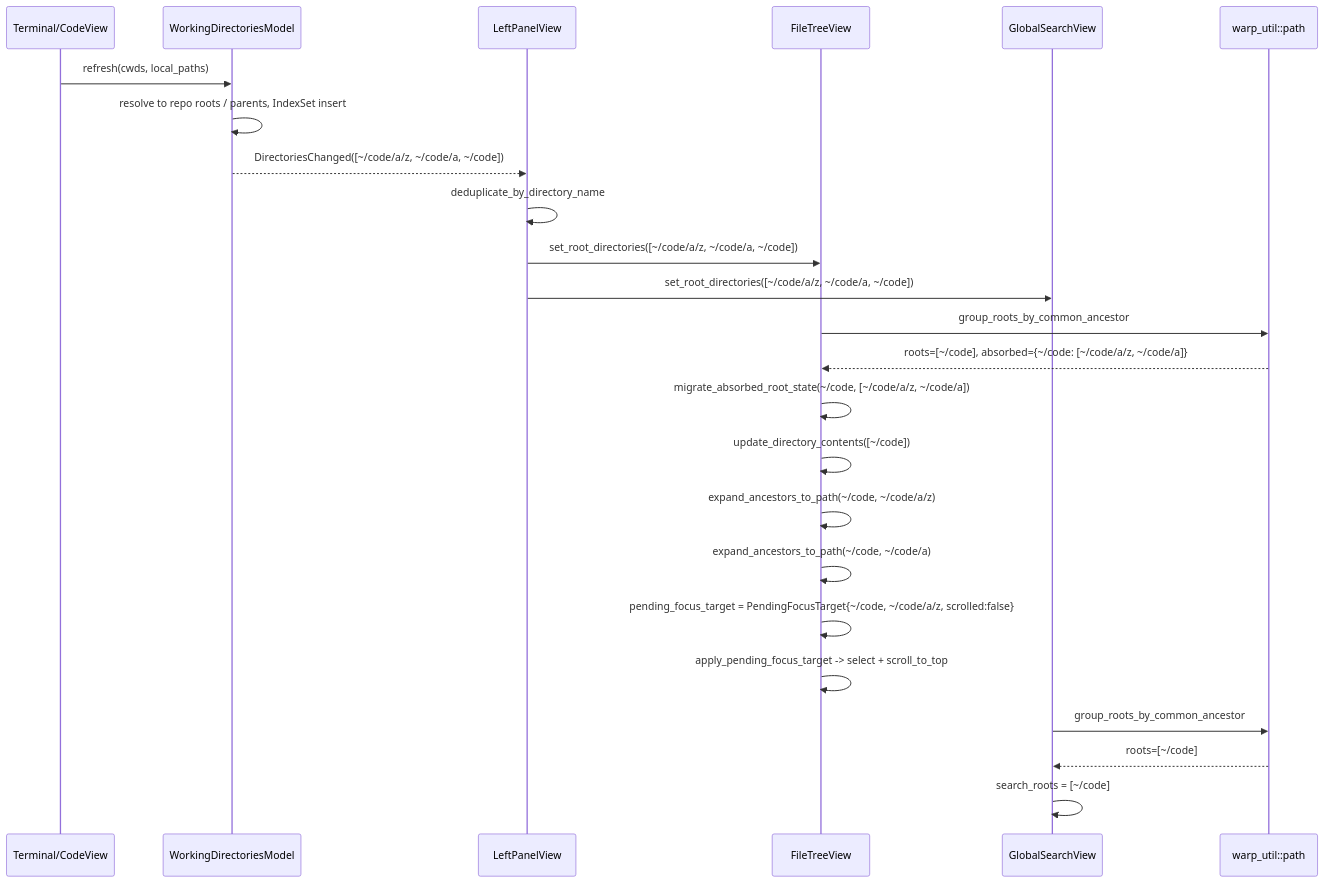
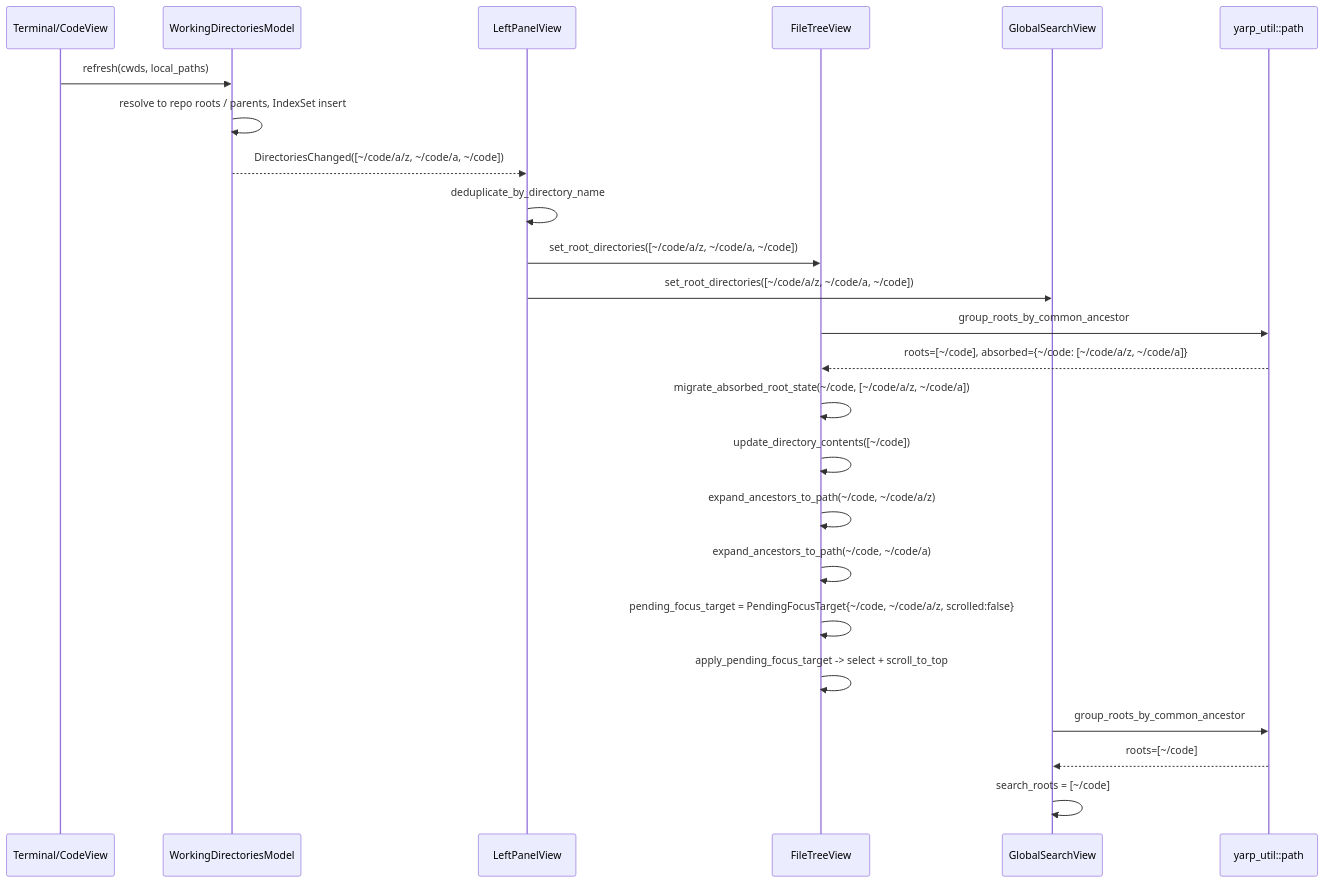
Before and after one commit to nikhilramakrishnan/yarp: the diagram in specs/APP-4106/TECH.md, drawn with Mermaid. The commit also changed other lines of this file and 516 other files, not shown here.

````diff
--- a/specs/APP-4106/TECH.md
+++ b/specs/APP-4106/TECH.md
@@ -462,29 +462,29 @@
 ```mermaid
 sequenceDiagram
     participant Term as Terminal/CodeView
     participant WDM as WorkingDirectoriesModel
     participant LP as LeftPanelView
     participant FT as FileTreeView
     participant GS as GlobalSearchView
-    participant U as warp_util::path
+    participant U as yarp_util::path
 
     Term->>WDM: refresh(cwds, local_paths)
     WDM->>WDM: resolve to repo roots / parents, IndexSet insert
     WDM-->>LP: DirectoriesChanged([~/code/a/z, ~/code/a, ~/code])
     LP->>LP: deduplicate_by_directory_name
     LP->>FT: set_root_directories([~/code/a/z, ~/code/a, ~/code])
     LP->>GS: set_root_directories([~/code/a/z, ~/code/a, ~/code])
 
     FT->>U: group_roots_by_common_ancestor
     U-->>FT: roots=[~/code], absorbed={~/code: [~/code/a/z, ~/code/a]}
     FT->>FT: migrate_absorbed_root_state(~/code, [~/code/a/z, ~/code/a])
     FT->>FT: update_directory_contents([~/code])
     FT->>FT: expand_ancestors_to_path(~/code, ~/code/a/z)
     FT->>FT: expand_ancestors_to_path(~/code, ~/code/a)
     FT->>FT: pending_focus_target = PendingFocusTarget{~/code, ~/code/a/z, scrolled:false}
     FT->>FT: apply_pending_focus_target -> select + scroll_to_top
 
     GS->>U: group_roots_by_common_ancestor
     U-->>GS: roots=[~/code]
     GS->>GS: search_roots = [~/code]
 ```
````
